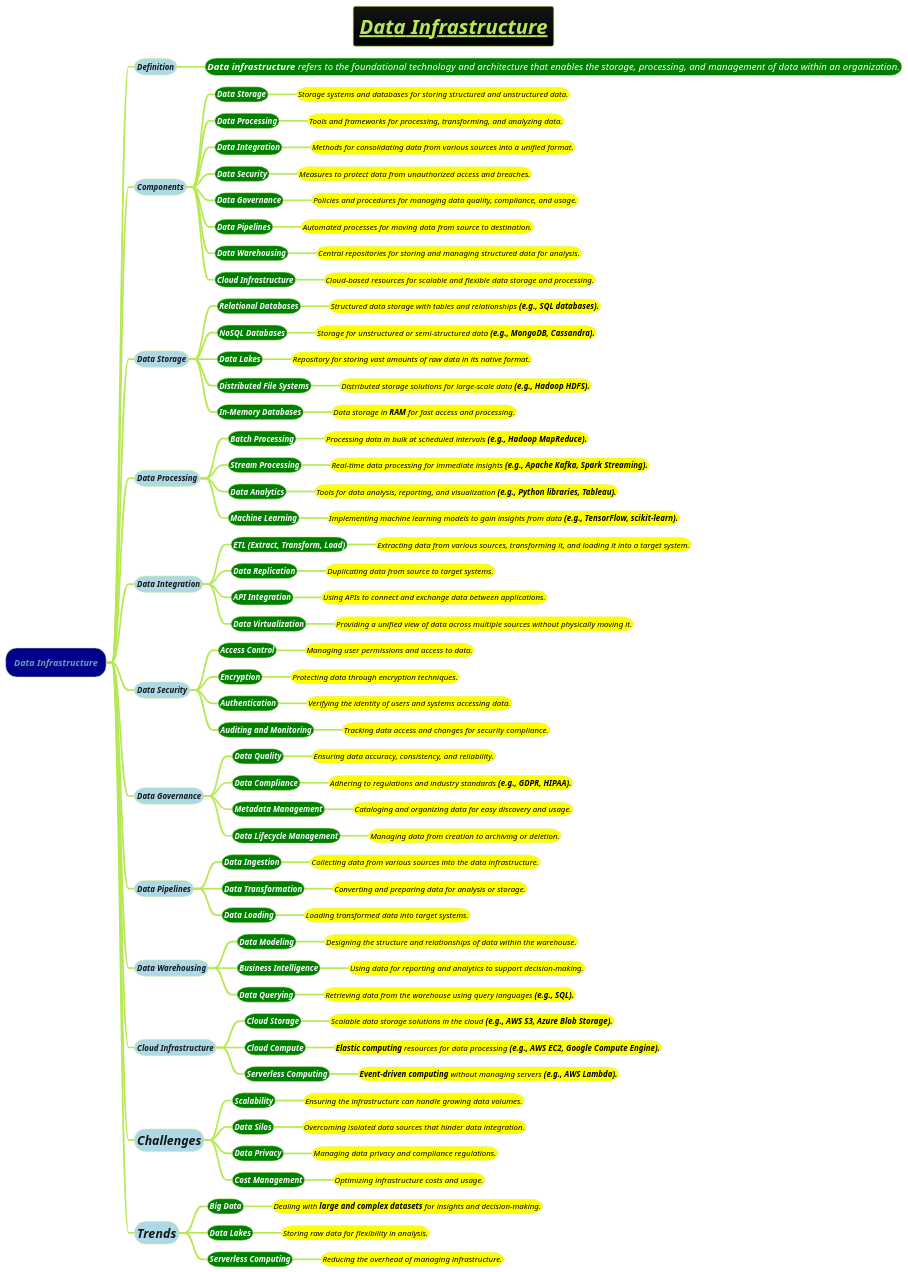
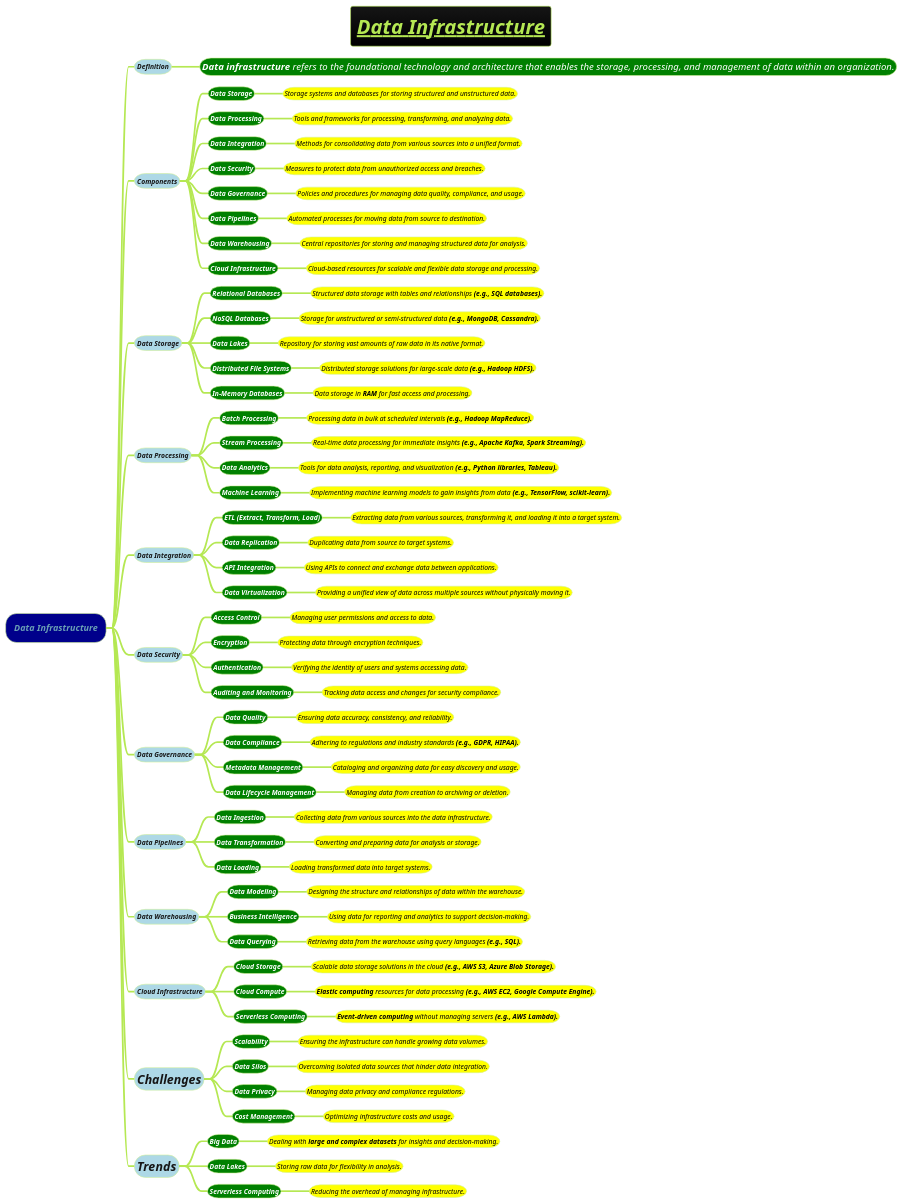
The diagram in docs/AI-ML-DL-Data-Science-and-BigData/data-science/data-engineering/data-pipeline/Data-Infrastructure.puml (MehmoodHashmi/Documentation-as-Code-DaC), drawn with PlantUML before and after one commit. The commit also changed 4 other files, not shown here.

```diff
--- a/docs/AI-ML-DL-Data-Science-and-BigData/data-science/data-engineering/data-pipeline/Data-Infrastructure.puml
+++ b/docs/AI-ML-DL-Data-Science-and-BigData/data-science/data-engineering/data-pipeline/Data-Infrastructure.puml
@@ -5,119 +5,119 @@
 
 
 *[#darkblue] <i>Data Infrastructure
-**[#lightblue] <i><size:14>Definition
+**[#lightblue] <i><size:12>Definition
 ***[#green] <i><size:17><color #white>**Data infrastructure** refers to the foundational technology and architecture that enables the storage, processing, and management of data within an organization.
 
-**[#lightblue] <i><size:14>Components
-***[#green] <i><size:14><color #white><b>Data Storage
-****[#yellow] <i><size:14><color #black>Storage systems and databases for storing structured and unstructured data.
-***[#green] <i><size:14><color #white><b>Data Processing
-****[#yellow] <i><size:14><color #black>Tools and frameworks for processing, transforming, and analyzing data.
-***[#green] <i><size:14><color #white><b>Data Integration
-****[#yellow] <i><size:14><color #black>Methods for consolidating data from various sources into a unified format.
-***[#green] <i><size:14><color #white><b>Data Security
-****[#yellow] <i><size:14><color #black>Measures to protect data from unauthorized access and breaches.
-***[#green] <i><size:14><color #white><b>Data Governance
-****[#yellow] <i><size:14><color #black>Policies and procedures for managing data quality, compliance, and usage.
-***[#green] <i><size:14><color #white><b>Data Pipelines
-****[#yellow] <i><size:14><color #black>Automated processes for moving data from source to destination.
-***[#green] <i><size:14><color #white><b>Data Warehousing
-****[#yellow] <i><size:14><color #black>Central repositories for storing and managing structured data for analysis.
-***[#green] <i><size:14><color #white><b>Cloud Infrastructure
-****[#yellow] <i><size:14><color #black>Cloud-based resources for scalable and flexible data storage and processing.
+**[#lightblue] <i><size:12>Components
+***[#green] <i><size:12><color #white><b>Data Storage
+****[#yellow] <i><size:12><color #black>Storage systems and databases for storing structured and unstructured data.
+***[#green] <i><size:12><color #white><b>Data Processing
+****[#yellow] <i><size:12><color #black>Tools and frameworks for processing, transforming, and analyzing data.
+***[#green] <i><size:12><color #white><b>Data Integration
+****[#yellow] <i><size:12><color #black>Methods for consolidating data from various sources into a unified format.
+***[#green] <i><size:12><color #white><b>Data Security
+****[#yellow] <i><size:12><color #black>Measures to protect data from unauthorized access and breaches.
+***[#green] <i><size:12><color #white><b>Data Governance
+****[#yellow] <i><size:12><color #black>Policies and procedures for managing data quality, compliance, and usage.
+***[#green] <i><size:12><color #white><b>Data Pipelines
+****[#yellow] <i><size:12><color #black>Automated processes for moving data from source to destination.
+***[#green] <i><size:12><color #white><b>Data Warehousing
+****[#yellow] <i><size:12><color #black>Central repositories for storing and managing structured data for analysis.
+***[#green] <i><size:12><color #white><b>Cloud Infrastructure
+****[#yellow] <i><size:12><color #black>Cloud-based resources for scalable and flexible data storage and processing.
 
-**[#lightblue] <i><size:14>Data Storage
-***[#green] <i><size:14><color #white><b>Relational Databases
-****[#yellow] <i><size:14><color #black>Structured data storage with tables and relationships <b>(e.g., SQL databases).
-***[#green] <i><size:14><color #white><b>NoSQL Databases
-****[#yellow] <i><size:14><color #black>Storage for unstructured or semi-structured data <b>(e.g., MongoDB, Cassandra).
-***[#green] <i><size:14><color #white><b>Data Lakes
-****[#yellow] <i><size:14><color #black>Repository for storing vast amounts of raw data in its native format.
-***[#green] <i><size:14><color #white><b>Distributed File Systems
-****[#yellow] <i><size:14><color #black>Distributed storage solutions for large-scale data <b>(e.g., Hadoop HDFS).
-***[#green] <i><size:14><color #white><b>In-Memory Databases
-****[#yellow] <i><size:14><color #black>Data storage in **RAM** for fast access and processing.
+**[#lightblue] <i><size:12>Data Storage
+***[#green] <i><size:12><color #white><b>Relational Databases
+****[#yellow] <i><size:12><color #black>Structured data storage with tables and relationships <b>(e.g., SQL databases).
+***[#green] <i><size:12><color #white><b>NoSQL Databases
+****[#yellow] <i><size:12><color #black>Storage for unstructured or semi-structured data <b>(e.g., MongoDB, Cassandra).
+***[#green] <i><size:12><color #white><b>Data Lakes
+****[#yellow] <i><size:12><color #black>Repository for storing vast amounts of raw data in its native format.
+***[#green] <i><size:12><color #white><b>Distributed File Systems
+****[#yellow] <i><size:12><color #black>Distributed storage solutions for large-scale data <b>(e.g., Hadoop HDFS).
+***[#green] <i><size:12><color #white><b>In-Memory Databases
+****[#yellow] <i><size:12><color #black>Data storage in **RAM** for fast access and processing.
 
-**[#lightblue] <i><size:14>Data Processing
-***[#green] <i><size:14><color #white><b>Batch Processing
-****[#yellow] <i><size:14><color #black>Processing data in bulk at scheduled intervals <b>(e.g., Hadoop MapReduce).
-***[#green] <i><size:14><color #white><b>Stream Processing
-****[#yellow] <i><size:14><color #black>Real-time data processing for immediate insights <b>(e.g., Apache Kafka, Spark Streaming).
-***[#green] <i><size:14><color #white><b>Data Analytics
-****[#yellow] <i><size:14><color #black>Tools for data analysis, reporting, and visualization <b>(e.g., Python libraries, Tableau).
-***[#green] <i><size:14><color #white><b>Machine Learning
-****[#yellow] <i><size:14><color #black>Implementing machine learning models to gain insights from data <b>(e.g., TensorFlow, scikit-learn).
+**[#lightblue] <i><size:12>Data Processing
+***[#green] <i><size:12><color #white><b>Batch Processing
+****[#yellow] <i><size:12><color #black>Processing data in bulk at scheduled intervals <b>(e.g., Hadoop MapReduce).
+***[#green] <i><size:12><color #white><b>Stream Processing
+****[#yellow] <i><size:12><color #black>Real-time data processing for immediate insights <b>(e.g., Apache Kafka, Spark Streaming).
+***[#green] <i><size:12><color #white><b>Data Analytics
+****[#yellow] <i><size:12><color #black>Tools for data analysis, reporting, and visualization <b>(e.g., Python libraries, Tableau).
+***[#green] <i><size:12><color #white><b>Machine Learning
+****[#yellow] <i><size:12><color #black>Implementing machine learning models to gain insights from data <b>(e.g., TensorFlow, scikit-learn).
 
-**[#lightblue] <i><size:14>Data Integration
-***[#green] <i><size:14><color #white><b>ETL <b>(Extract, Transform, Load)
-****[#yellow] <i><size:14><color #black>Extracting data from various sources, transforming it, and loading it into a target system.
-***[#green] <i><size:14><color #white><b>Data Replication
-****[#yellow] <i><size:14><color #black>Duplicating data from source to target systems.
-***[#green] <i><size:14><color #white><b>API Integration
-****[#yellow] <i><size:14><color #black>Using APIs to connect and exchange data between applications.
-***[#green] <i><size:14><color #white><b>Data Virtualization
-****[#yellow] <i><size:14><color #black>Providing a unified view of data across multiple sources without physically moving it.
+**[#lightblue] <i><size:12>Data Integration
+***[#green] <i><size:12><color #white><b>ETL <b>(Extract, Transform, Load)
+****[#yellow] <i><size:12><color #black>Extracting data from various sources, transforming it, and loading it into a target system.
+***[#green] <i><size:12><color #white><b>Data Replication
+****[#yellow] <i><size:12><color #black>Duplicating data from source to target systems.
+***[#green] <i><size:12><color #white><b>API Integration
+****[#yellow] <i><size:12><color #black>Using APIs to connect and exchange data between applications.
+***[#green] <i><size:12><color #white><b>Data Virtualization
+****[#yellow] <i><size:12><color #black>Providing a unified view of data across multiple sources without physically moving it.
 
-**[#lightblue] <i><size:14>Data Security
-***[#green] <i><size:14><color #white><b>Access Control
-****[#yellow] <i><size:14><color #black>Managing user permissions and access to data.
-***[#green] <i><size:14><color #white><b>Encryption
-****[#yellow] <i><size:14><color #black>Protecting data through encryption techniques.
-***[#green] <i><size:14><color #white><b>Authentication
-****[#yellow] <i><size:14><color #black>Verifying the identity of users and systems accessing data.
-***[#green] <i><size:14><color #white><b>Auditing and Monitoring
-****[#yellow] <i><size:14><color #black>Tracking data access and changes for security compliance.
+**[#lightblue] <i><size:12>Data Security
+***[#green] <i><size:12><color #white><b>Access Control
+****[#yellow] <i><size:12><color #black>Managing user permissions and access to data.
+***[#green] <i><size:12><color #white><b>Encryption
+****[#yellow] <i><size:12><color #black>Protecting data through encryption techniques.
+***[#green] <i><size:12><color #white><b>Authentication
+****[#yellow] <i><size:12><color #black>Verifying the identity of users and systems accessing data.
+***[#green] <i><size:12><color #white><b>Auditing and Monitoring
+****[#yellow] <i><size:12><color #black>Tracking data access and changes for security compliance.
 
-**[#lightblue] <i><size:14>Data Governance
-***[#green] <i><size:14><color #white><b>Data Quality
-****[#yellow] <i><size:14><color #black>Ensuring data accuracy, consistency, and reliability.
-***[#green] <i><size:14><color #white><b>Data Compliance
-****[#yellow] <i><size:14><color #black>Adhering to regulations and industry standards <b>(e.g., GDPR, HIPAA).
-***[#green] <i><size:14><color #white><b>Metadata Management
-****[#yellow] <i><size:14><color #black>Cataloging and organizing data for easy discovery and usage.
-***[#green] <i><size:14><color #white><b>Data Lifecycle Management
-****[#yellow] <i><size:14><color #black>Managing data from creation to archiving or deletion.
+**[#lightblue] <i><size:12>Data Governance
+***[#green] <i><size:12><color #white><b>Data Quality
+****[#yellow] <i><size:12><color #black>Ensuring data accuracy, consistency, and reliability.
+***[#green] <i><size:12><color #white><b>Data Compliance
+****[#yellow] <i><size:12><color #black>Adhering to regulations and industry standards <b>(e.g., GDPR, HIPAA).
+***[#green] <i><size:12><color #white><b>Metadata Management
+****[#yellow] <i><size:12><color #black>Cataloging and organizing data for easy discovery and usage.
+***[#green] <i><size:12><color #white><b>Data Lifecycle Management
+****[#yellow] <i><size:12><color #black>Managing data from creation to archiving or deletion.
 
-**[#lightblue] <i><size:14>Data Pipelines
-***[#green] <i><size:14><color #white><b>Data Ingestion
-****[#yellow] <i><size:14><color #black>Collecting data from various sources into the data infrastructure.
-***[#green] <i><size:14><color #white><b>Data Transformation
-****[#yellow] <i><size:14><color #black>Converting and preparing data for analysis or storage.
-***[#green] <i><size:14><color #white><b>Data Loading
-****[#yellow] <i><size:14><color #black>Loading transformed data into target systems.
+**[#lightblue] <i><size:12>Data Pipelines
+***[#green] <i><size:12><color #white><b>Data Ingestion
+****[#yellow] <i><size:12><color #black>Collecting data from various sources into the data infrastructure.
+***[#green] <i><size:12><color #white><b>Data Transformation
+****[#yellow] <i><size:12><color #black>Converting and preparing data for analysis or storage.
+***[#green] <i><size:12><color #white><b>Data Loading
+****[#yellow] <i><size:12><color #black>Loading transformed data into target systems.
 
-**[#lightblue] <i><size:14>Data Warehousing
-***[#green] <i><size:14><color #white><b>Data Modeling
-****[#yellow] <i><size:14><color #black>Designing the structure and relationships of data within the warehouse.
-***[#green] <i><size:14><color #white><b>Business Intelligence
-****[#yellow] <i><size:14><color #black>Using data for reporting and analytics to support decision-making.
-***[#green] <i><size:14><color #white><b>Data Querying
-****[#yellow] <i><size:14><color #black>Retrieving data from the warehouse using query languages <b>(e.g., SQL).
+**[#lightblue] <i><size:12>Data Warehousing
+***[#green] <i><size:12><color #white><b>Data Modeling
+****[#yellow] <i><size:12><color #black>Designing the structure and relationships of data within the warehouse.
+***[#green] <i><size:12><color #white><b>Business Intelligence
+****[#yellow] <i><size:12><color #black>Using data for reporting and analytics to support decision-making.
+***[#green] <i><size:12><color #white><b>Data Querying
+****[#yellow] <i><size:12><color #black>Retrieving data from the warehouse using query languages <b>(e.g., SQL).
 
-**[#lightblue] <i><size:14>Cloud Infrastructure
-***[#green] <i><size:14><color #white><b>Cloud Storage
-****[#yellow] <i><size:14><color #black>Scalable data storage solutions in the cloud <b>(e.g., AWS S3, Azure Blob Storage).
-***[#green] <i><size:14><color #white><b>Cloud Compute
-****[#yellow] <i><size:14><color #black>**Elastic computing** resources for data processing <b>(e.g., AWS EC2, Google Compute Engine).
-***[#green] <i><size:14><color #white><b>Serverless Computing
-****[#yellow] <i><size:14><color #black>**Event-driven computing** without managing servers <b>(e.g., AWS Lambda).
+**[#lightblue] <i><size:12>Cloud Infrastructure
+***[#green] <i><size:12><color #white><b>Cloud Storage
+****[#yellow] <i><size:12><color #black>Scalable data storage solutions in the cloud <b>(e.g., AWS S3, Azure Blob Storage).
+***[#green] <i><size:12><color #white><b>Cloud Compute
+****[#yellow] <i><size:12><color #black>**Elastic computing** resources for data processing <b>(e.g., AWS EC2, Google Compute Engine).
+***[#green] <i><size:12><color #white><b>Serverless Computing
+****[#yellow] <i><size:12><color #black>**Event-driven computing** without managing servers <b>(e.g., AWS Lambda).
 
 **[#lightblue] <i><size:22>Challenges
-***[#green] <i><size:14><color #white><b>Scalability
-****[#yellow] <i><size:14><color #black>Ensuring the infrastructure can handle growing data volumes.
-***[#green] <i><size:14><color #white><b>Data Silos
-****[#yellow] <i><size:14><color #black>Overcoming isolated data sources that hinder data integration.
-***[#green] <i><size:14><color #white><b>Data Privacy
-****[#yellow] <i><size:14><color #black>Managing data privacy and compliance regulations.
-***[#green] <i><size:14><color #white><b>Cost Management
-****[#yellow] <i><size:14><color #black>Optimizing infrastructure costs and usage.
+***[#green] <i><size:12><color #white><b>Scalability
+****[#yellow] <i><size:12><color #black>Ensuring the infrastructure can handle growing data volumes.
+***[#green] <i><size:12><color #white><b>Data Silos
+****[#yellow] <i><size:12><color #black>Overcoming isolated data sources that hinder data integration.
+***[#green] <i><size:12><color #white><b>Data Privacy
+****[#yellow] <i><size:12><color #black>Managing data privacy and compliance regulations.
+***[#green] <i><size:12><color #white><b>Cost Management
+****[#yellow] <i><size:12><color #black>Optimizing infrastructure costs and usage.
 
 **[#lightblue] <i><size:22>Trends
-***[#green] <i><size:14><color #white><b>Big Data
-****[#yellow] <i><size:14><color #black>Dealing with **large and complex datasets** for insights and decision-making.
-***[#green] <i><size:14><color #white><b>Data Lakes
-****[#yellow] <i><size:14><color #black>Storing raw data for flexibility in analysis.
-***[#green] <i><size:14><color #white><b>Serverless Computing
-****[#yellow] <i><size:14><color #black>Reducing the overhead of managing infrastructure.
+***[#green] <i><size:12><color #white><b>Big Data
+****[#yellow] <i><size:12><color #black>Dealing with **large and complex datasets** for insights and decision-making.
+***[#green] <i><size:12><color #white><b>Data Lakes
+****[#yellow] <i><size:12><color #black>Storing raw data for flexibility in analysis.
+***[#green] <i><size:12><color #white><b>Serverless Computing
+****[#yellow] <i><size:12><color #black>Reducing the overhead of managing infrastructure.
 
 @endmindmap
```
